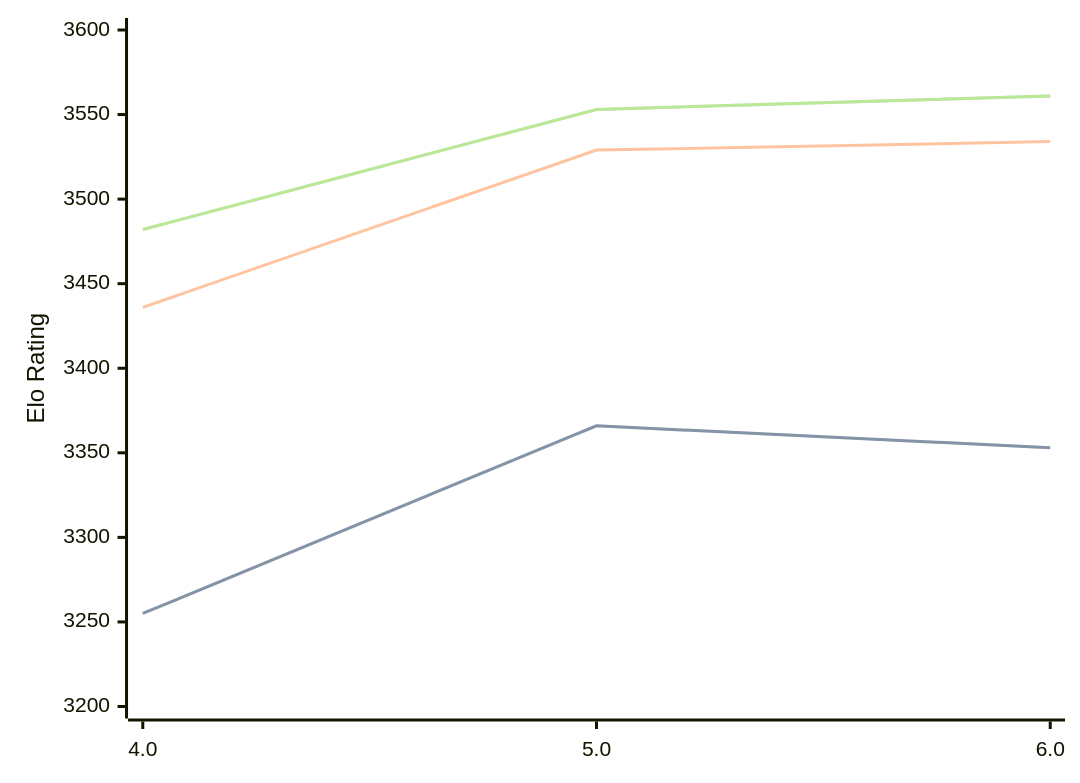
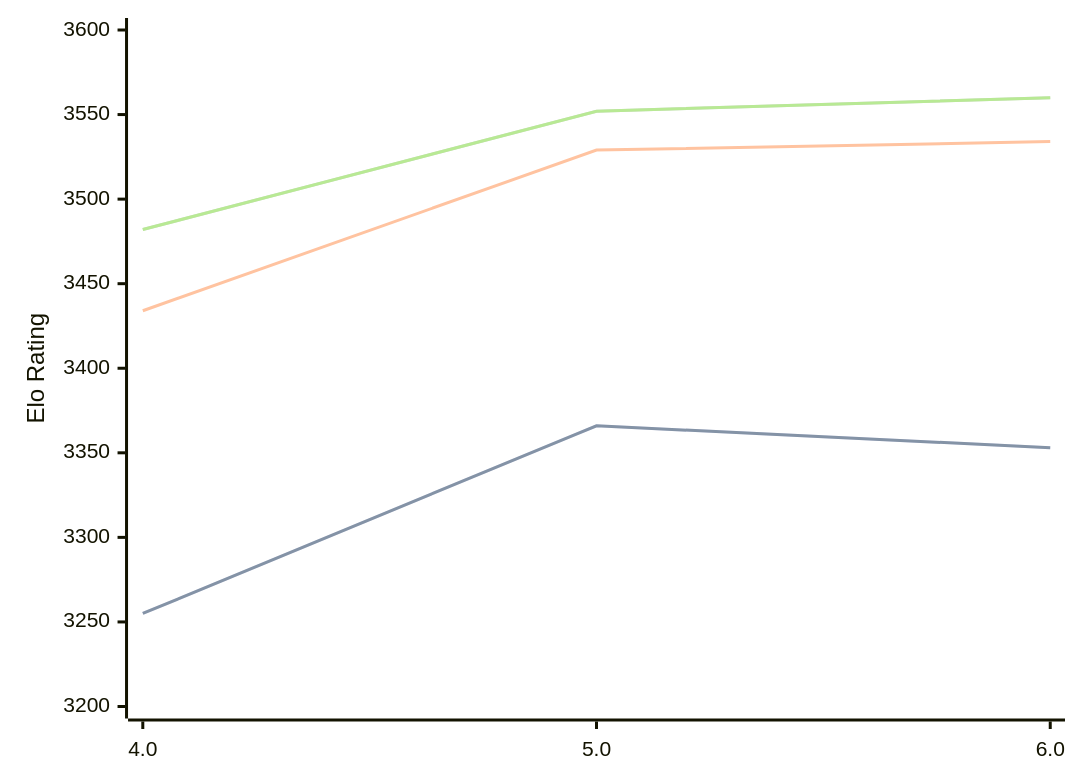
Before and after one commit to computer-chess-index/cci: the diagram in engines/Tarnished.md, drawn with Mermaid. The commit also changed other lines of this file, not shown here.

Commit message:
Update CCI Ratings (ELO VLTC) - 2026-09-03

````diff
--- a/engines/Tarnished.md
+++ b/engines/Tarnished.md
@@ -33,11 +33,11 @@
 ```mermaid
 %%{init: {"theme":"base","themeVariables":{"seriesColors:['#a3a3a3','#222221','#faa371']}}}%%
 xychart-beta
   x-axis ["4.0", "5.0", "6.0"]
   y-axis "Elo Rating" 3200 --> 3600
   line "" [3255, 3366, 3353]
   line "STC (8.0+0.08s)" [3255, 3366, 3353]
-  line "LTC (60.0+0.60s)" [3436, 3529, 3534]
-  line "" [3482, 3553, 3561]
-  line "VLTC (2m24s+1.12s)" [3482, 3553, 3561]
+  line "LTC (60.0+0.60s)" [3434, 3529, 3534]
+  line "" [3482, 3552, 3560]
+  line "VLTC (2m24s+1.12s)" [3482, 3552, 3560]
 ```
````
